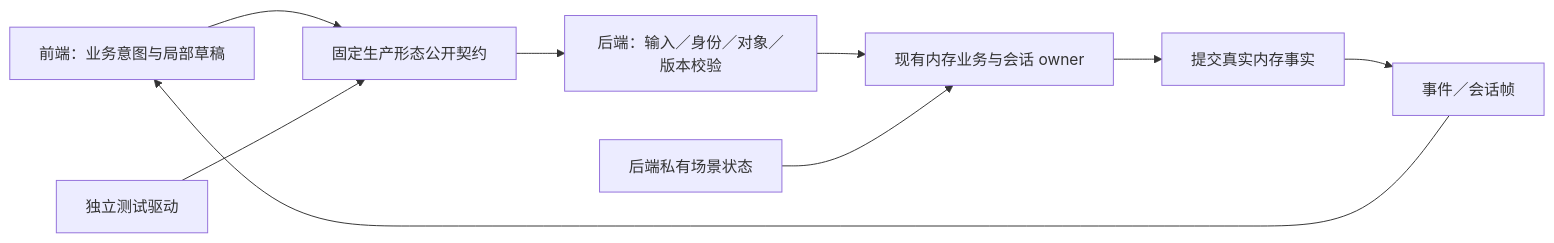
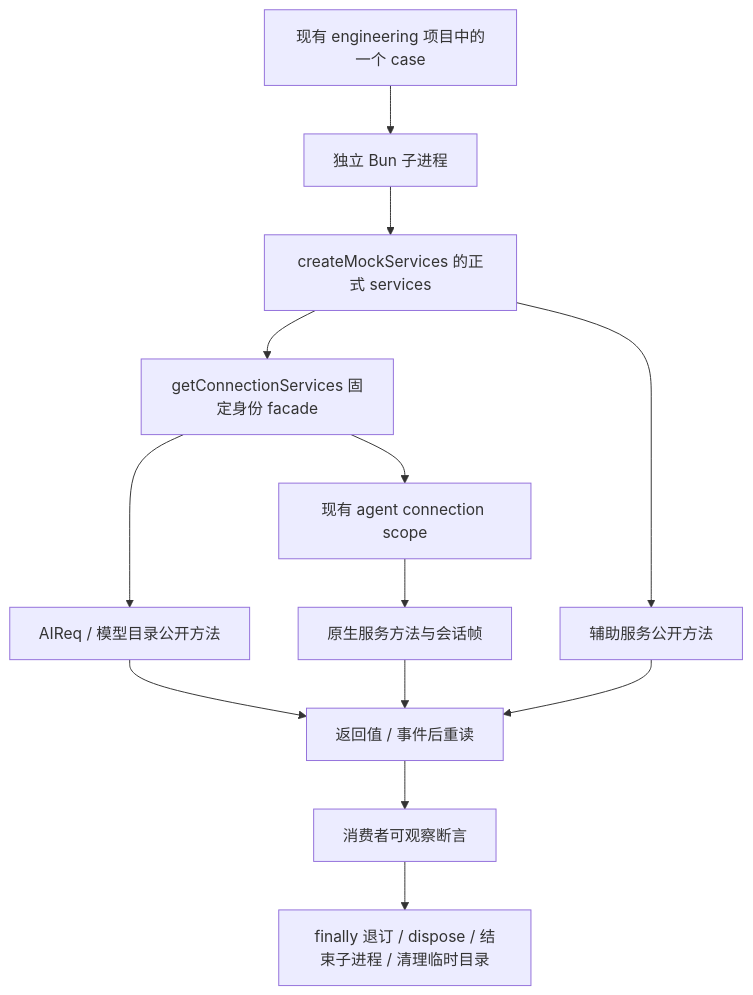
Before and after one commit to jchanghong023/ZCode: the diagram in .todo.md, drawn with Mermaid. The commit also changed other lines of this file and 828 other files, not shown here.

````diff
--- a/.todo.md
+++ b/.todo.md
@@ -40,11 +49,15 @@
 ```mermaid
-flowchart LR
-  UI[前端：业务意图与局部草稿] --> P[固定生产形态公开契约]
-  P --> V[后端：输入／身份／对象／版本校验]
-  V --> O[现有内存业务与会话 owner]
-  O --> C[提交真实内存事实]
-  C --> E[事件／会话帧]
-  E --> UI
-  F[后端私有场景状态] --> O
-  X[独立测试驱动] --> P
+flowchart TD
+  V[现有 engineering 项目中的一个 case] --> P[独立 Bun 子进程]
+  P --> S[createMockServices 的正式 services]
+  S --> I[getConnectionServices 固定身份 facade]
+  I --> B[AIReq / 模型目录公开方法]
+  I --> C[现有 agent connection scope]
+  C --> N[原生服务方法与会话帧]
+  S --> A[辅助服务公开方法]
+  B --> R[返回值 / 事件后重读]
+  N --> R
+  A --> R
+  R --> F[消费者可观察断言]
+  F --> D[finally 退订 / dispose / 结束子进程 / 清理临时目录]
 ```
````
